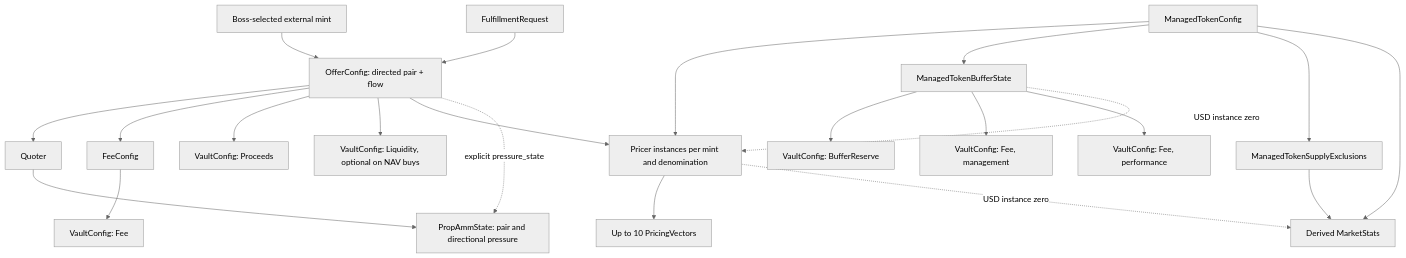
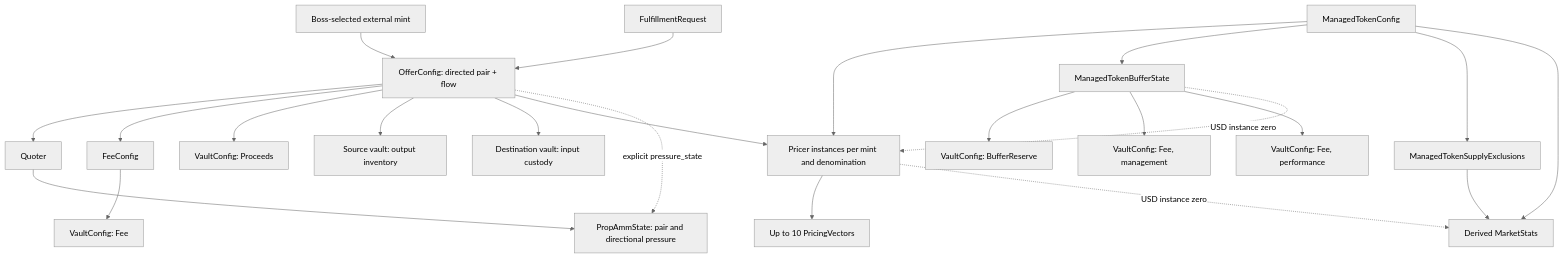
The diagram in docs/MODULAR_MODEL.md (onre-finance/onre-sol), drawn with Mermaid (neutral theme) before and after one commit. The commit also changed other lines of this file and 23 other files, not shown here.

Commit message:
feat: separate modular offer source and destination vaults

````diff
--- a/docs/MODULAR_MODEL.md
+++ b/docs/MODULAR_MODEL.md
@@ -29,24 +29,25 @@
 ```mermaid
 flowchart TD
     Asset[Boss-selected external mint] --> Offer
     Token[ManagedTokenConfig] --> Pricer[Pricer instances per mint and denomination]
     Pricer --> Vectors[Up to 10 PricingVectors]
     Token --> Buffer[ManagedTokenBufferState]
     Token --> Exclusions[ManagedTokenSupplyExclusions]
     Token --> Stats[Derived MarketStats]
     Pricer -. USD instance zero .-> Stats
     Exclusions --> Stats
     Offer[OfferConfig: directed pair + flow] --> Quoter
     Offer --> Fee[FeeConfig]
     Fee --> FeeVault[VaultConfig: Fee]
     Offer --> Proceeds[VaultConfig: Proceeds]
-    Offer --> Liquidity[VaultConfig: Liquidity, optional on NAV buys]
+    Offer --> Source[Source vault: output inventory]
+    Offer --> Destination[Destination vault: input custody]
     Offer --> Pricer
     Quoter --> Amm[PropAmmState: pair and directional pressure]
     Offer -. explicit pressure_state .-> Amm
     Request[FulfillmentRequest] --> Offer
     Buffer --> Reserve[VaultConfig: BufferReserve]
     Buffer --> Management[VaultConfig: Fee, management]
     Buffer --> Performance[VaultConfig: Fee, performance]
     Buffer -. USD instance zero .-> Pricer
 ```
````
